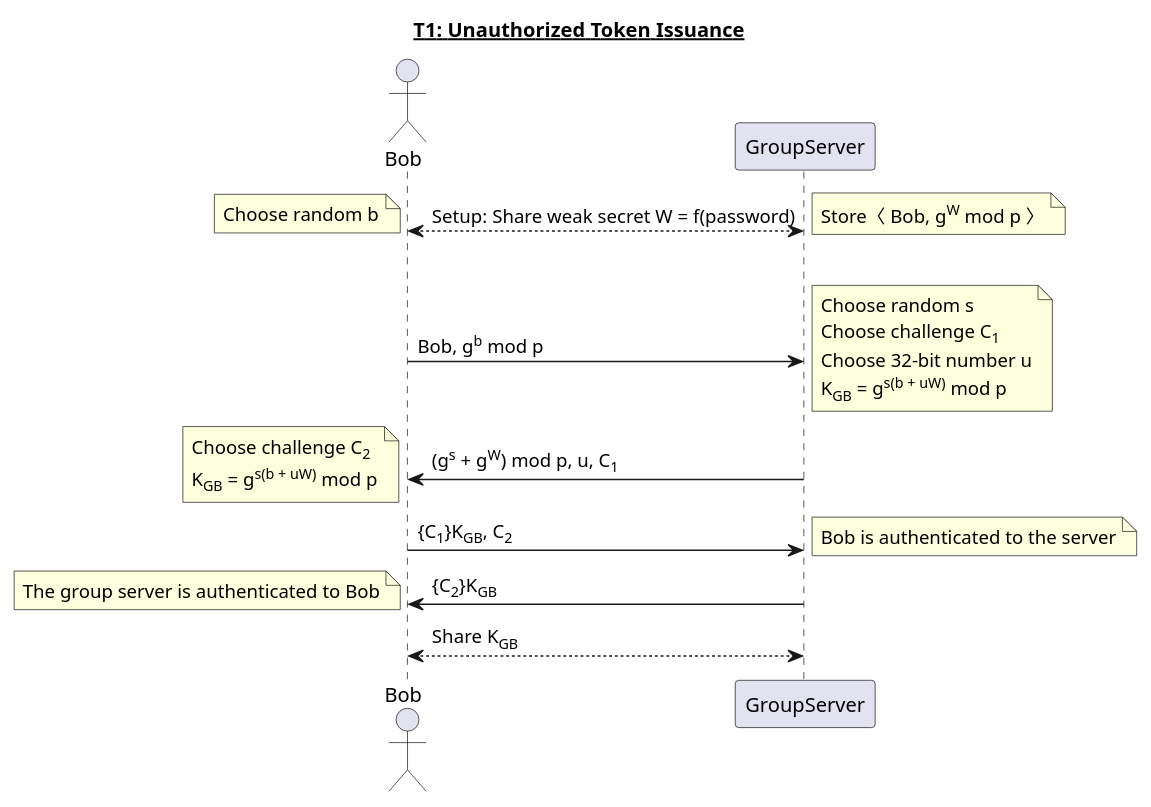
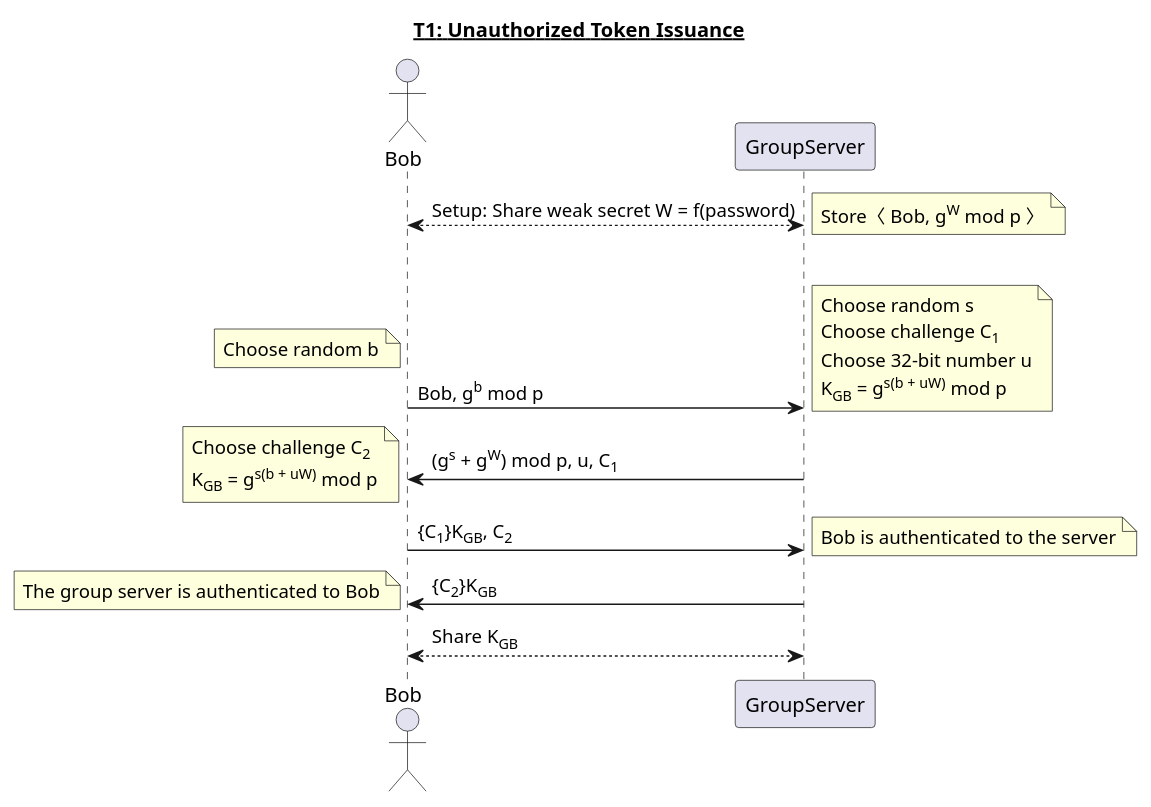
The diagram in reports/img/T1.puml (jondyer/cs1653-2017fa-jbd29-mar257-zds14), drawn with PlantUML before and after one commit. The commit also changed other lines of this file and 3 other files, not shown here.

```diff
--- a/reports/img/T1.puml
+++ b/reports/img/T1.puml
@@ -1,27 +1,27 @@
 @startuml
 title __T1: Unauthorized Token Issuance__
 actor Bob
 
 Bob <--> GroupServer: Setup: Share weak secret W = f(password)
 note right: Store〈 Bob, g<sup>W</sup> mod p 〉
 |||
+Bob -> GroupServer: Bob, g<sup>b</sup> mod p 
 note left: Choose random b
-Bob -> GroupServer: Bob, g<sup>b</sup> mod p 
 note right
 	Choose random s
 	Choose challenge C<sub>1</sub>
 	Choose 32-bit number u
 	K<sub>GB</sub> = g<sup>s(b + uW)</sup> mod p
 end note
 
 GroupServer -> Bob: (g<sup>s</sup> + g<sup>W</sup>) mod p, u, C<sub>1</sub>
 note left
 	Choose challenge C<sub>2</sub>
 	K<sub>GB</sub> = g<sup>s(b + uW)</sup> mod p
 end note
 Bob -> GroupServer: {C<sub>1</sub>}K<sub>GB</sub>, C<sub>2</sub>
 note right: Bob is authenticated to the server
 GroupServer -> Bob: {C<sub>2</sub>}K<sub>GB</sub>
 note left: The group server is authenticated to Bob
 Bob <--> GroupServer: Share K<sub>GB</sub>
 @enduml
```
